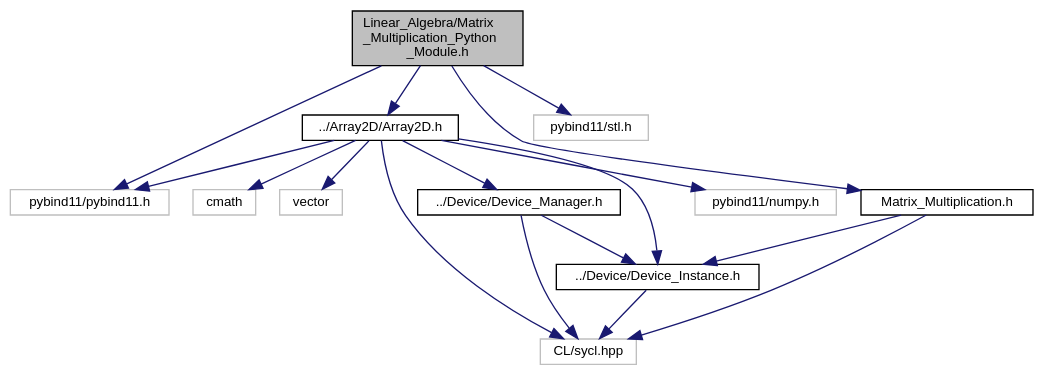
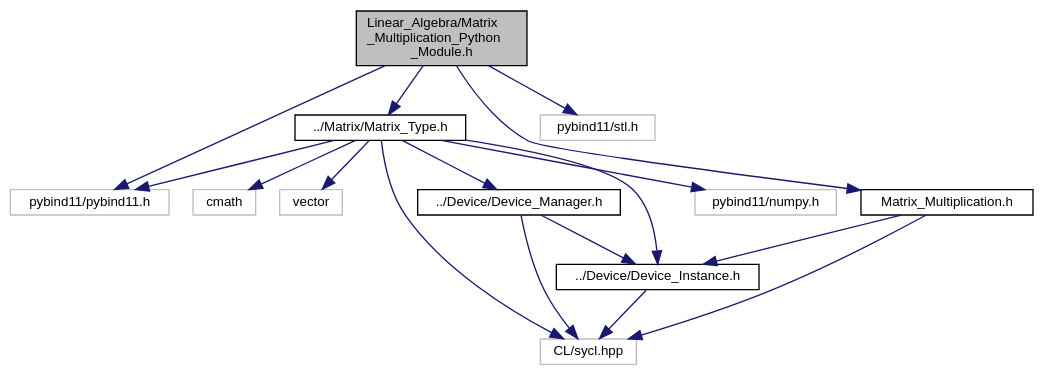
One commit to OsmanAEG/PySYCL changed the diagram in docs/PySYCL_doxygen_html/_matrix___multiplication___python___module_8h__incl.dot. Above: the diagram before and after it, drawn with Graphviz. The commit also changed 350 other files, not shown here.

```diff
--- a/docs/PySYCL_doxygen_html/_matrix___multiplication___python___module_8h__incl.dot
+++ b/docs/PySYCL_doxygen_html/_matrix___multiplication___python___module_8h__incl.dot
@@ -1,35 +1,35 @@
 digraph "Linear_Algebra/Matrix_Multiplication_Python_Module.h"
 {
  // INTERACTIVE_SVG=YES
  // LATEX_PDF_SIZE
   bgcolor="transparent";
   edge [fontname="Helvetica",fontsize="10",labelfontname="Helvetica",labelfontsize="10"];
   node [fontname="Helvetica",fontsize="10",shape=record];
   Node1 [label="Linear_Algebra/Matrix\l_Multiplication_Python\l_Module.h",height=0.2,width=0.4,color="black", fillcolor="grey75", style="filled", fontcolor="black",tooltip="Python module for a matrix multiplication in PySYCL."];
   Node1 -> Node2 [color="midnightblue",fontsize="10",style="solid",fontname="Helvetica"];
   Node2 [label="pybind11/pybind11.h",height=0.2,width=0.4,color="grey75",tooltip=" "];
   Node1 -> Node3 [color="midnightblue",fontsize="10",style="solid",fontname="Helvetica"];
   Node3 [label="pybind11/stl.h",height=0.2,width=0.4,color="grey75",tooltip=" "];
   Node1 -> Node4 [color="midnightblue",fontsize="10",style="solid",fontname="Helvetica"];
-  Node4 [label="../Array2D/Array2D.h",height=0.2,width=0.4,color="black",URL="$_array2_d_8h.html",tooltip="Array2D in PySYCL."];
+  Node4 [label="../Matrix/Matrix_Type.h",height=0.2,width=0.4,color="black",URL="$_matrix___type_8h.html",tooltip="Matrix Type Object in PySYCL."];
   Node4 -> Node5 [color="midnightblue",fontsize="10",style="solid",fontname="Helvetica"];
   Node5 [label="CL/sycl.hpp",height=0.2,width=0.4,color="grey75",tooltip=" "];
   Node4 -> Node6 [color="midnightblue",fontsize="10",style="solid",fontname="Helvetica"];
   Node6 [label="pybind11/numpy.h",height=0.2,width=0.4,color="grey75",tooltip=" "];
   Node4 -> Node2 [color="midnightblue",fontsize="10",style="solid",fontname="Helvetica"];
   Node4 -> Node7 [color="midnightblue",fontsize="10",style="solid",fontname="Helvetica"];
   Node7 [label="cmath",height=0.2,width=0.4,color="grey75",tooltip=" "];
   Node4 -> Node8 [color="midnightblue",fontsize="10",style="solid",fontname="Helvetica"];
   Node8 [label="vector",height=0.2,width=0.4,color="grey75",tooltip=" "];
   Node4 -> Node9 [color="midnightblue",fontsize="10",style="solid",fontname="Helvetica"];
   Node9 [label="../Device/Device_Instance.h",height=0.2,width=0.4,color="black",URL="$_device___instance_8h.html",tooltip="Device instance for device selection in PySYCL."];
   Node9 -> Node5 [color="midnightblue",fontsize="10",style="solid",fontname="Helvetica"];
   Node4 -> Node10 [color="midnightblue",fontsize="10",style="solid",fontname="Helvetica"];
   Node10 [label="../Device/Device_Manager.h",height=0.2,width=0.4,color="black",URL="$_device___manager_8h.html",tooltip="Device instance for device selection in PySYCL."];
   Node10 -> Node5 [color="midnightblue",fontsize="10",style="solid",fontname="Helvetica"];
   Node10 -> Node9 [color="midnightblue",fontsize="10",style="solid",fontname="Helvetica"];
   Node1 -> Node11 [color="midnightblue",fontsize="10",style="solid",fontname="Helvetica"];
   Node11 [label="Matrix_Multiplication.h",height=0.2,width=0.4,color="black",URL="$_matrix___multiplication_8h.html",tooltip="Matrix Multiplication in PySYCL."];
   Node11 -> Node5 [color="midnightblue",fontsize="10",style="solid",fontname="Helvetica"];
   Node11 -> Node9 [color="midnightblue",fontsize="10",style="solid",fontname="Helvetica"];
 }
```
